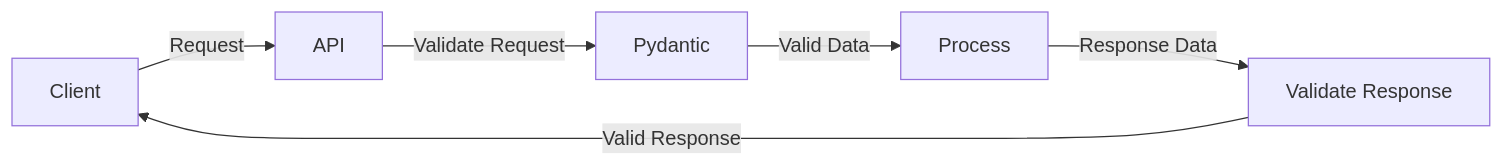
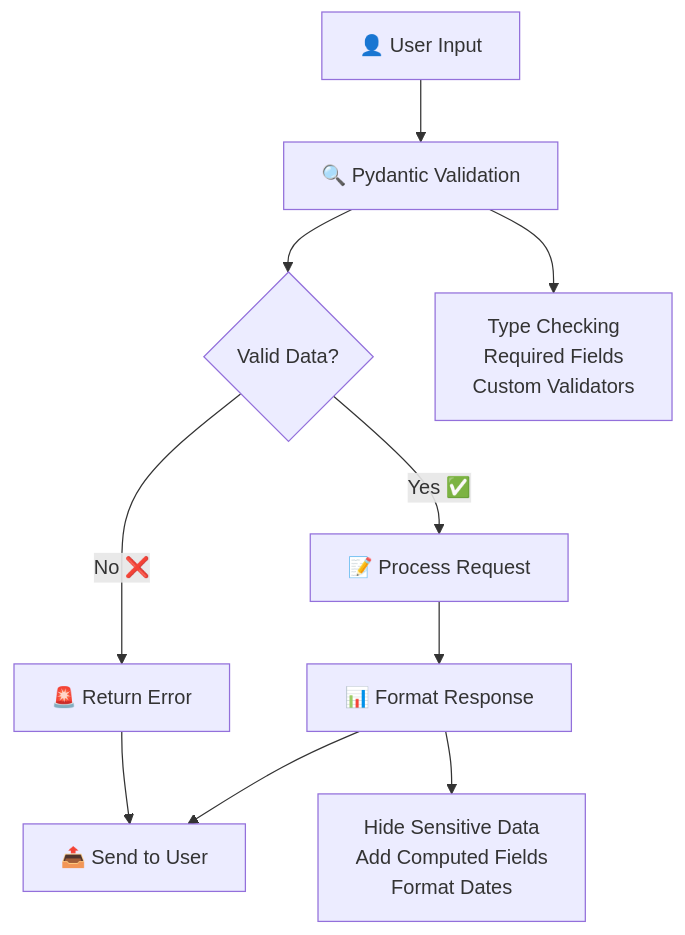
One commit to balupeddireddy08/FastAPI-for-AI-Projects changed the first of 2 diagrams in 05-request-response/README.md. Above: the diagram before and after it, drawn with Mermaid. The commit also changed other lines of this file and 9 other files, not shown here.

````diff
--- a/05-request-response/README.md
+++ b/05-request-response/README.md
@@ -331,8 +19,13 @@
 ```mermaid
-graph LR
-    A[Client] -->|Request| B[API]
-    B -->|Validate Request| C[Pydantic]
-    C -->|Valid Data| D[Process]
-    D -->|Response Data| E[Validate Response]
-    E -->|Valid Response| A
+graph TD
+    A[👤 User Input] --> B[🔍 Pydantic Validation]
+    B --> C{Valid Data?}
+    C -->|Yes ✅| D[📝 Process Request]
+    C -->|No ❌| E[🚨 Return Error]
+    D --> F[📊 Format Response]
+    F --> G[📤 Send to User]
+    E --> G
+    
+    B --> B1[Type Checking<br/>Required Fields<br/>Custom Validators]
+    F --> F1[Hide Sensitive Data<br/>Add Computed Fields<br/>Format Dates]
 ```
````
